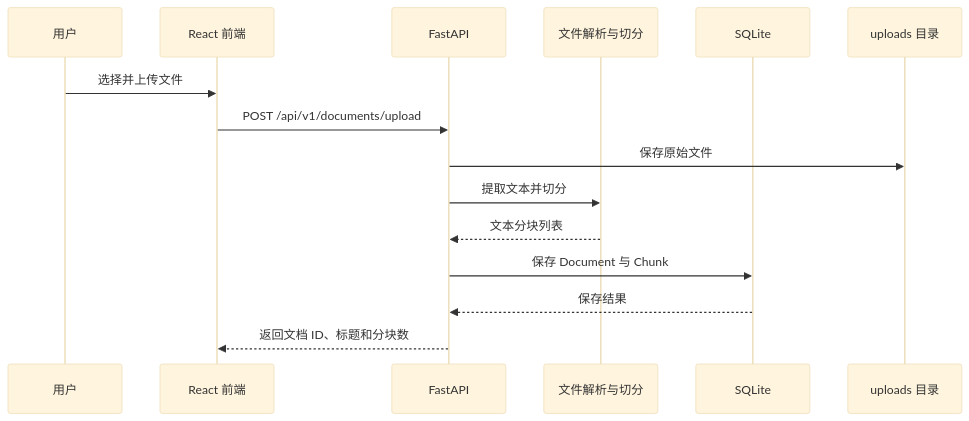
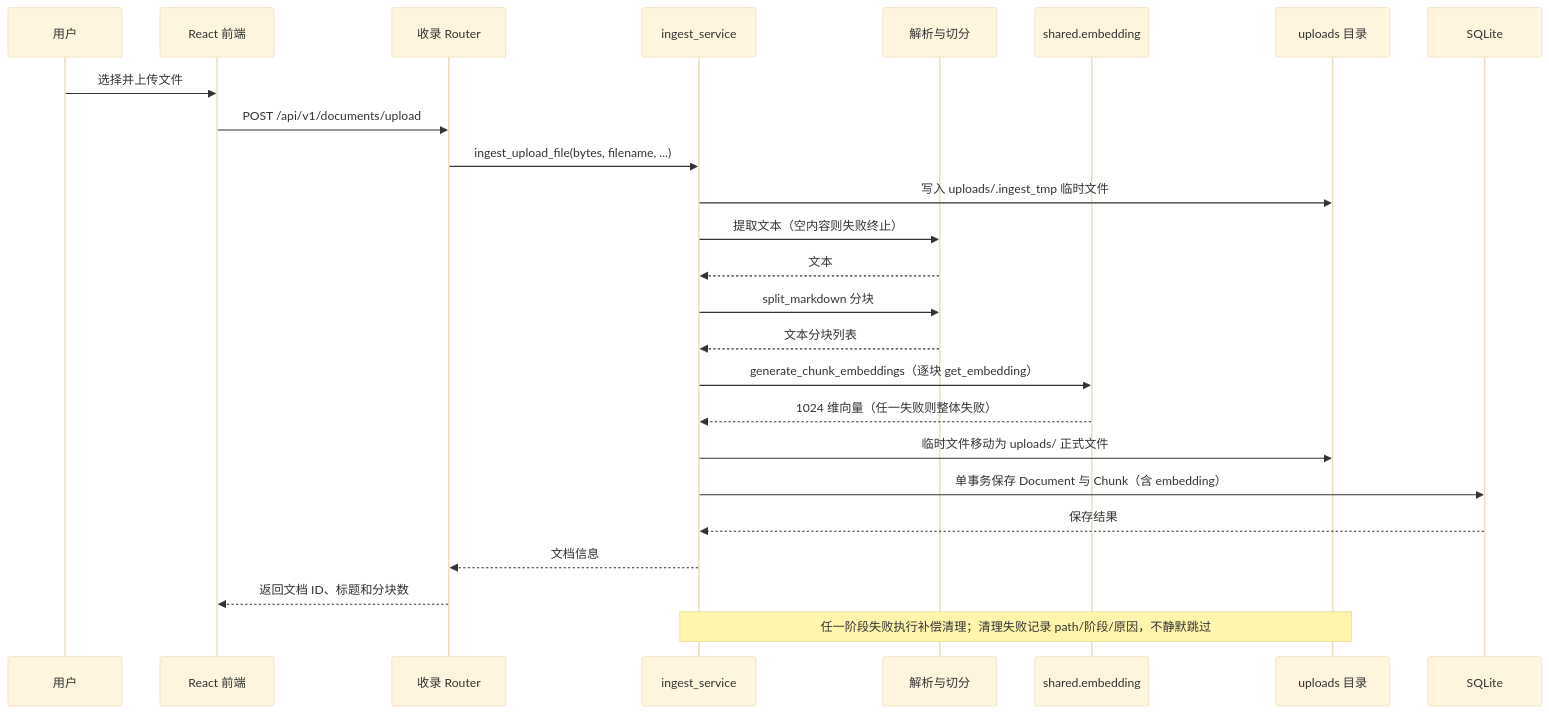
The fourth of 6 diagrams in docs/architecture.md (epoch-fresh-2026/personal-knowledge-base), drawn with Mermaid (base theme) before and after one commit. The commit also changed other lines of this file and 48 other files, not shown here.

````diff
--- a/docs/architecture.md
+++ b/docs/architecture.md
@@ -285,18 +311,28 @@
 ```mermaid
 sequenceDiagram
     participant U as 用户
     participant FE as React 前端
-    participant API as FastAPI
-    participant P as 文件解析与切分
+    participant API as 收录 Router
+    participant SVC as ingest_service
+    participant P as 解析与切分
+    participant EMB as shared.embedding
+    participant FS as uploads 目录
     participant DB as SQLite
-    participant FS as uploads 目录
 
     U->>FE: 选择并上传文件
     FE->>API: POST /api/v1/documents/upload
-    API->>FS: 保存原始文件
-    API->>P: 提取文本并切分
-    P-->>API: 文本分块列表
-    API->>DB: 保存 Document 与 Chunk
-    DB-->>API: 保存结果
+    API->>SVC: ingest_upload_file(bytes, filename, ...)
+    SVC->>FS: 写入 uploads/.ingest_tmp 临时文件
+    SVC->>P: 提取文本（空内容则失败终止）
+    P-->>SVC: 文本
+    SVC->>P: split_markdown 分块
+    P-->>SVC: 文本分块列表
+    SVC->>EMB: generate_chunk_embeddings（逐块 get_embedding）
+    EMB-->>SVC: 1024 维向量（任一失败则整体失败）
+    SVC->>FS: 临时文件移动为 uploads/ 正式文件
+    SVC->>DB: 单事务保存 Document 与 Chunk（含 embedding）
+    DB-->>SVC: 保存结果
+    SVC-->>API: 文档信息
     API-->>FE: 返回文档 ID、标题和分块数
+    Note over SVC,FS: 任一阶段失败执行补偿清理；清理失败记录 path/阶段/原因，不静默跳过
 ```
````
